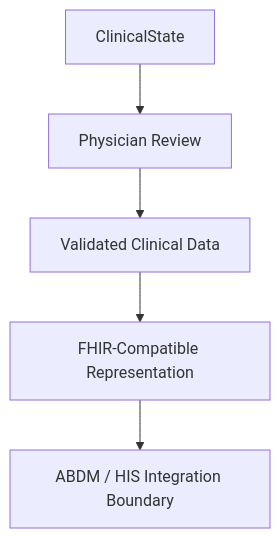
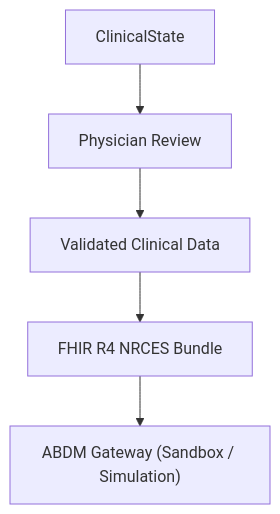
One commit to OmkarD09/SwasthyaVaani changed the ninth of 15 diagrams in README.md. Above: the diagram before and after it, drawn with Mermaid. The commit also changed other lines of this file and 16 other files, not shown here.

````diff
--- a/README.md
+++ b/README.md
@@ -298,7 +468,7 @@
 ```mermaid
 flowchart TD
     A[ClinicalState] --> B[Physician Review]
     B --> C[Validated Clinical Data]
-    C --> D["FHIR-Compatible Representation"]
-    D --> E["ABDM / HIS Integration Boundary"]
+    C --> D["FHIR R4 NRCES Bundle"]
+    D --> E["ABDM Gateway (Sandbox / Simulation)"]
 ```
````
